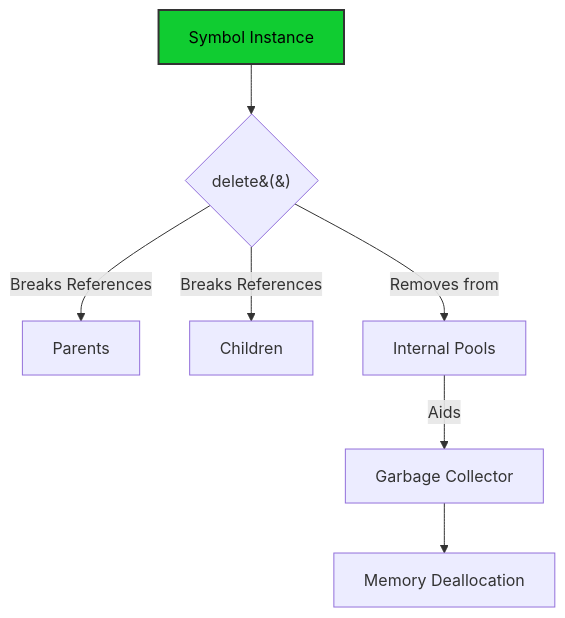
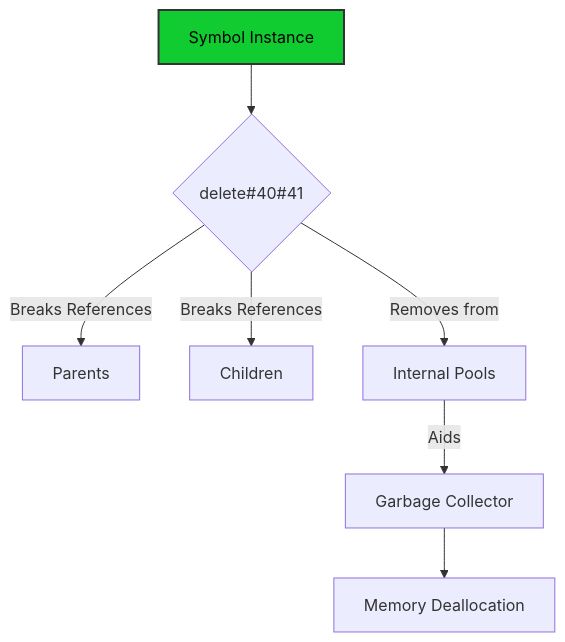
The first of 2 diagrams in docs/readme_details/10_memory_awareness/index.md (ikko/sym), drawn with Mermaid before and after one commit. The commit also changed other lines of this file and 38 other files, not shown here.

Commit message:
mermaids maybe fixed

````diff
--- a/docs/readme_details/10_memory_awareness/index.md
+++ b/docs/readme_details/10_memory_awareness/index.md
@@ -47,13 +47,13 @@
 ```mermaid
 graph TD
-    A[Symbol Instance] --> B{delete&#40;&#41;};
+    A[Symbol Instance] --> B{delete#40#41};
     B -- "Breaks References" --> C[Parents];
     B -- "Breaks References" --> D[Children];
     B -- "Removes from" --> E[Internal Pools];
     E -- "Aids" --> F[Garbage Collector];
     F --> G[Memory Deallocation];
 
     style A fill:#10cc31,stroke:#333,stroke-width:2px,color:#000000;
 
     style A fill:#10cc31,stroke:#333,stroke-width:2px,color:#000000;
 ```
````
